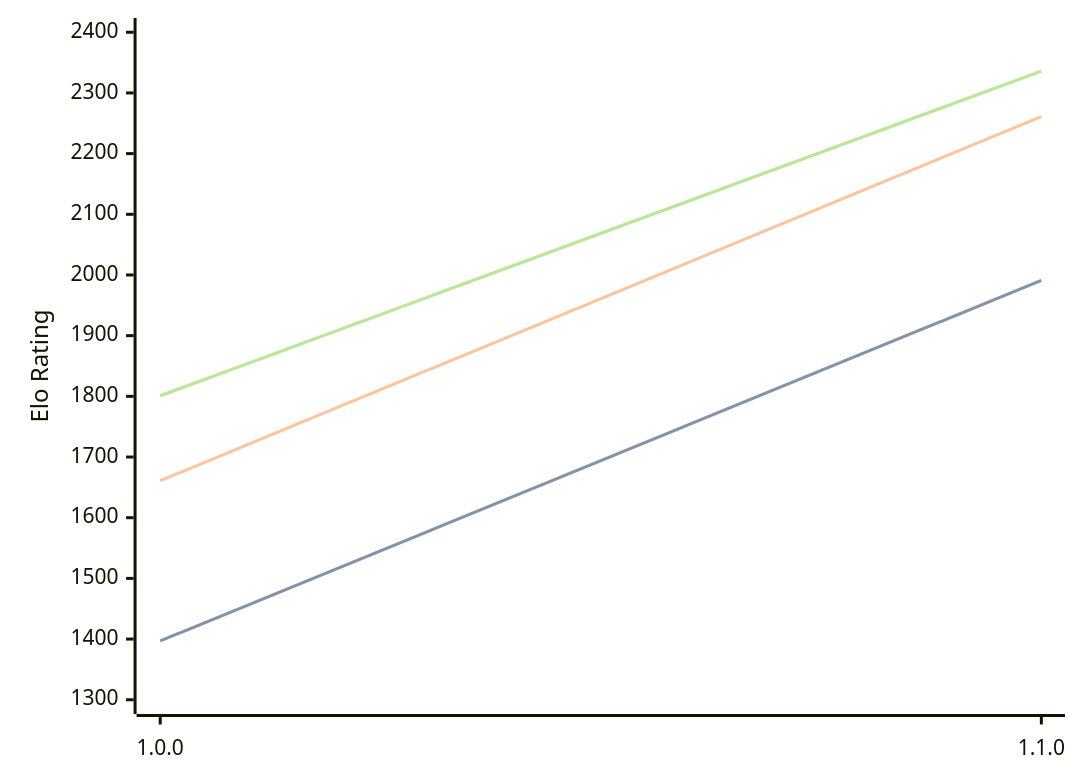
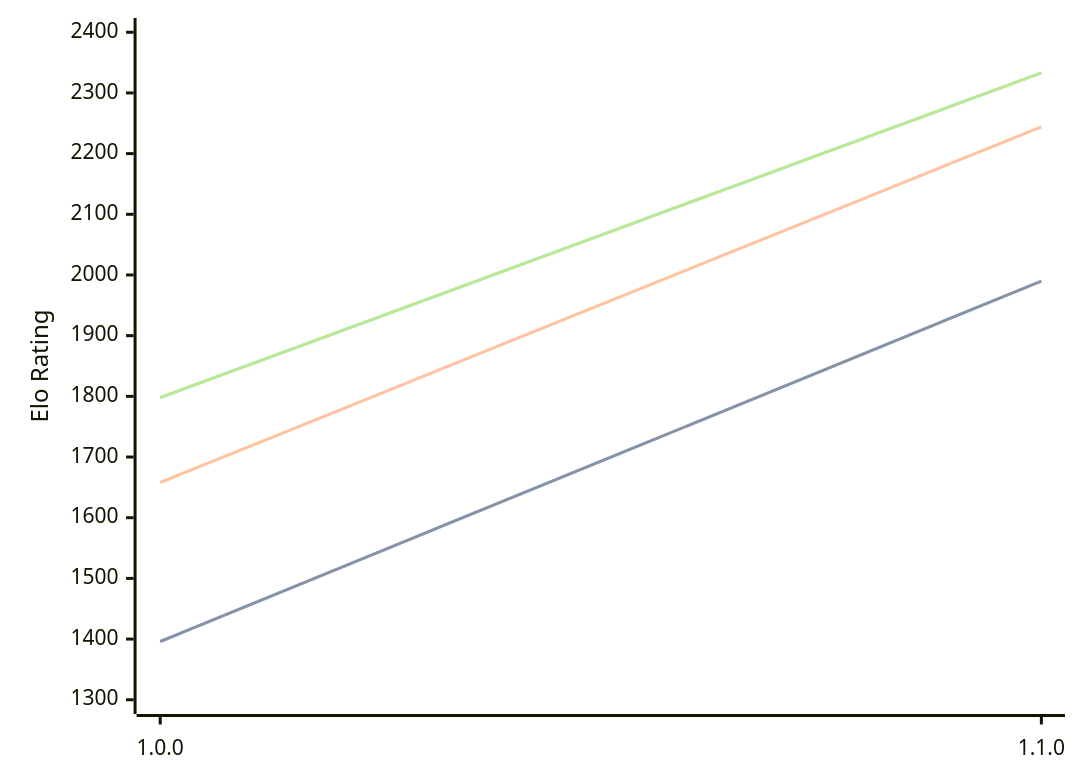
One commit to computer-chess-index/cci changed the diagram in engines/Akerbeltz.md. Above: the diagram before and after it, drawn with Mermaid. The commit also changed other lines of this file, not shown here.

Commit message:
Update CCI Ratings (ELO VLTC) - 2026-05-18

````diff
--- a/engines/Akerbeltz.md
+++ b/engines/Akerbeltz.md
@@ -32,11 +32,11 @@
 ```mermaid
 %%{init: {"theme":"base","themeVariables":{"seriesColors:['#a3a3a3','#222221','#faa371']}}}%%
 xychart-beta
   x-axis ["1.0.0", "1.1.0"]
   y-axis "Elo Rating" 1300 --> 2400
-  line "STC (8.0+0.08s)" [1397, 1991]
-  line "STC (8.0+0.08s)" [1397, 1991]
-  line "LTC (60.0+0.60s)" [1661, 2261]
-  line "VLTC (2m24s+1.12s)" [1801, 2336]
-  line "VLTC (2m24s+1.12s)" [1801, 2336]
+  line "STC (8.0+0.08s)" [1396, 1990]
+  line "STC (8.0+0.08s)" [1396, 1990]
+  line "LTC (60.0+0.60s)" [1658, 2244]
+  line "VLTC (2m24s+1.12s)" [1798, 2333]
+  line "VLTC (2m24s+1.12s)" [1798, 2333]
 ```
````
